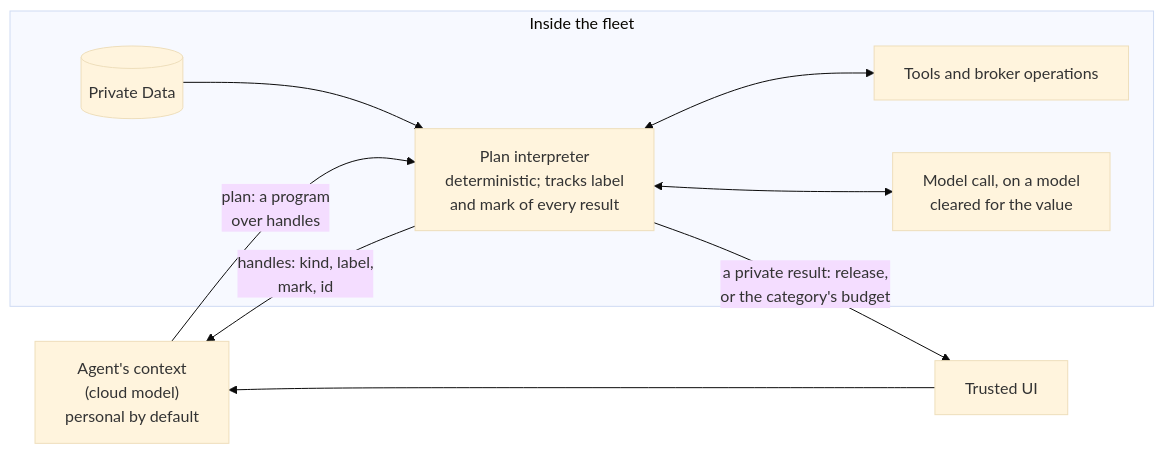
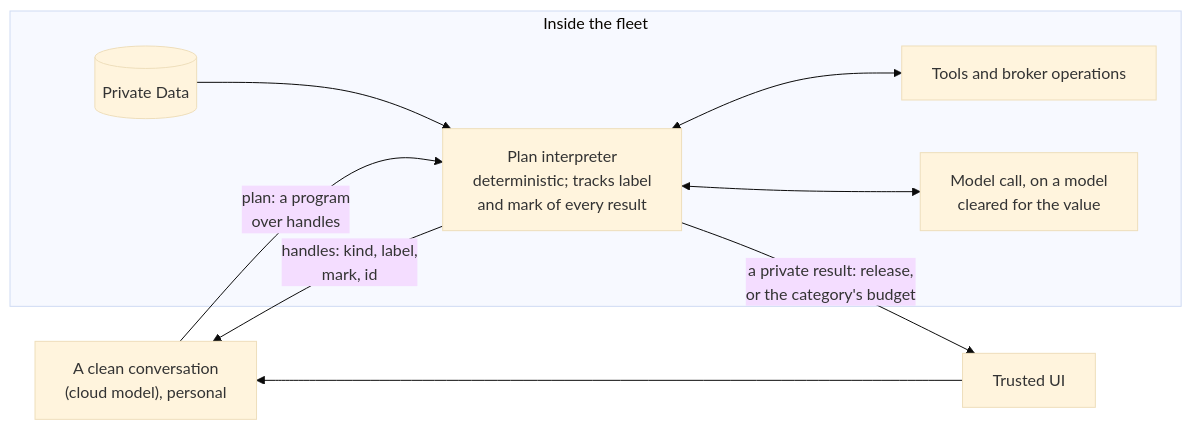
One commit to crowbaros/crowbaros changed the sixth of 7 diagrams in docs/architecture/capability-model.md. Above: the diagram before and after it, drawn with Mermaid (base theme). The commit also changed other lines of this file and 25 other files, not shown here.

````diff
--- a/docs/architecture/capability-model.md
+++ b/docs/architecture/capability-model.md
@@ -654,16 +826,16 @@
 ```mermaid
 flowchart LR
-    AG["Agent's context<br/>(cloud model)<br/>personal by default"] -->|"plan: a program<br/>over handles"| IN
+    AG["A clean conversation<br/>(cloud model), personal"] -->|"plan: a program<br/>over handles"| IN
     subgraph FLEET["Inside the fleet"]
         IN["Plan interpreter<br/>deterministic; tracks label<br/>and mark of every result"]
         D[("Private Data")]
         T["Tools and broker operations"]
         M["Model call, on a model<br/>cleared for the value"]
         D --> IN
         IN <--> T
         IN <--> M
     end
     IN -->|"handles: kind, label,<br/>mark, id"| AG
     IN -->|"a private result: release,<br/>or the category's budget"| R["Trusted UI"]
     R --> AG
 ```
````
